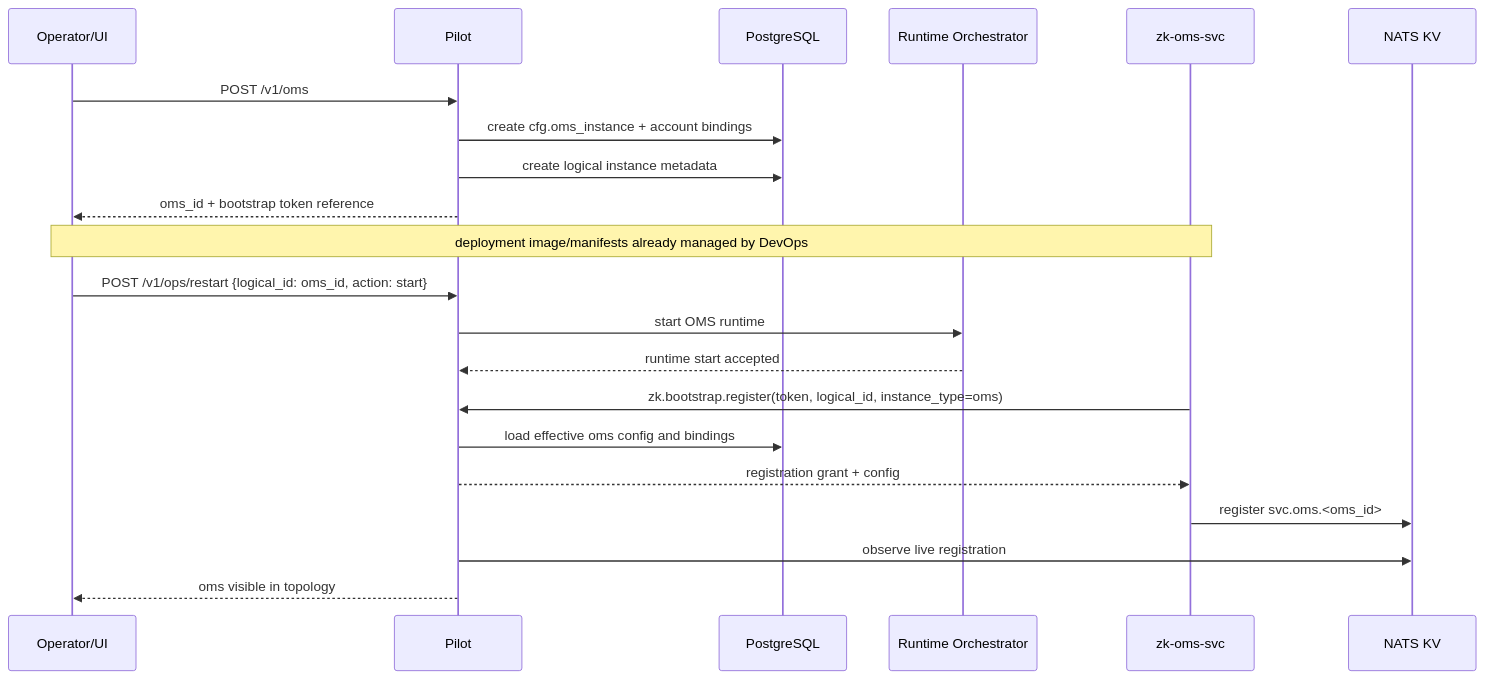
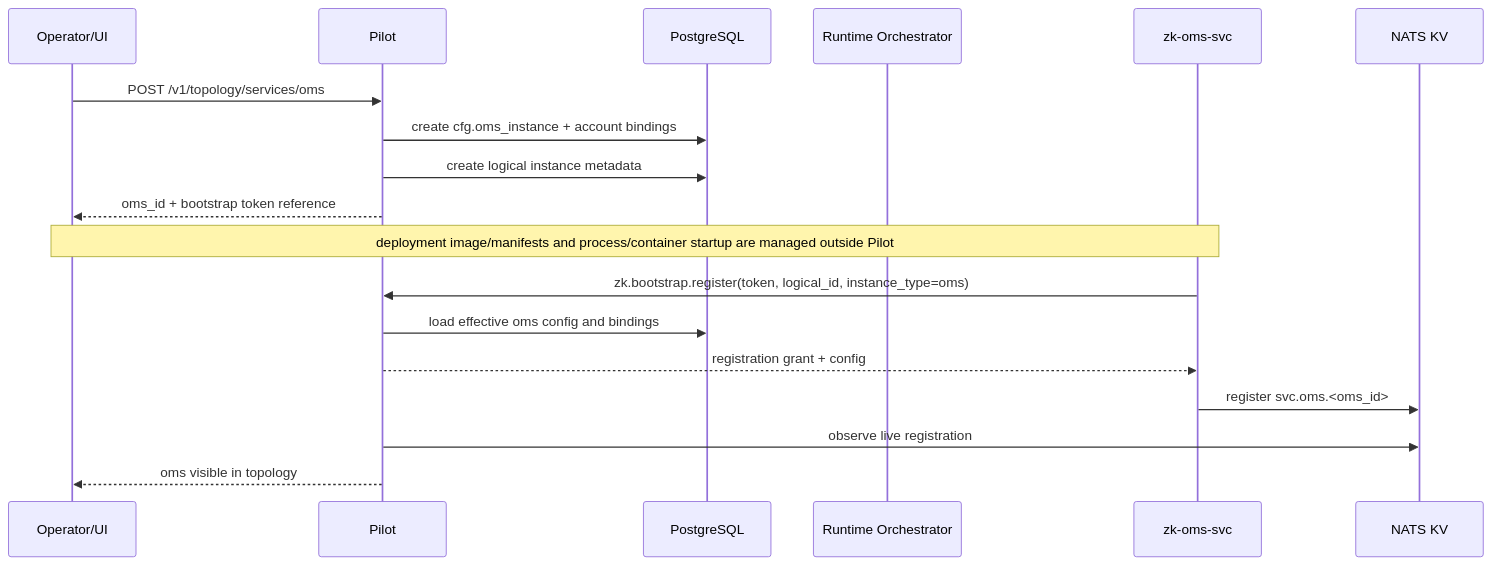
The second of 6 diagrams in docs/system-arch/services/pilot_service.md (soyvv/zkbot), drawn with Mermaid before and after one commit. The commit also changed other lines of this file and 10 other files, not shown here.

````diff
--- a/docs/system-arch/services/pilot_service.md
+++ b/docs/system-arch/services/pilot_service.md
@@ -500,25 +1194,22 @@
 ```mermaid
 sequenceDiagram
     participant U as Operator/UI
     participant P as Pilot
     participant DB as PostgreSQL
     participant R as Runtime Orchestrator
     participant OMS as zk-oms-svc
     participant KV as NATS KV
 
-    U->>P: POST /v1/oms
+    U->>P: POST /v1/topology/services/oms
     P->>DB: create cfg.oms_instance + account bindings
     P->>DB: create logical instance metadata
     P-->>U: oms_id + bootstrap token reference
 
-    Note over U,OMS: deployment image/manifests already managed by DevOps
-    U->>P: POST /v1/ops/restart {logical_id: oms_id, action: start}
-    P->>R: start OMS runtime
-    R-->>P: runtime start accepted
+    Note over U,OMS: deployment image/manifests and process/container startup are managed outside Pilot
     OMS->>P: zk.bootstrap.register(token, logical_id, instance_type=oms)
     P->>DB: load effective oms config and bindings
     P-->>OMS: registration grant + config
     OMS->>KV: register svc.oms.<oms_id>
     P->>KV: observe live registration
     P-->>U: oms visible in topology
 ```
````
